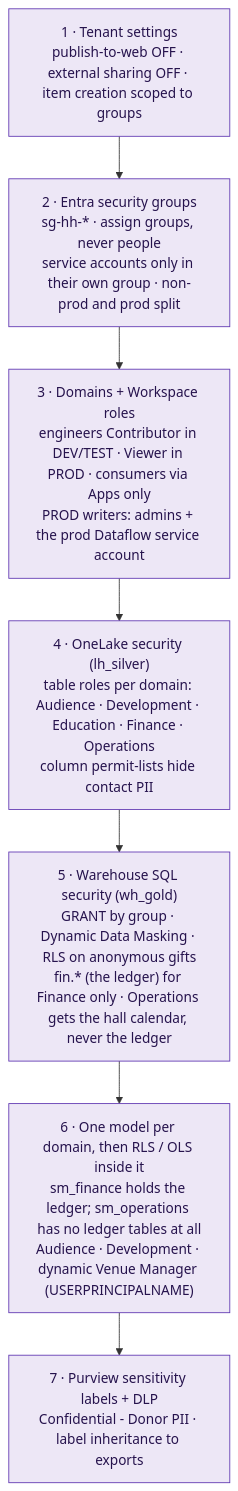
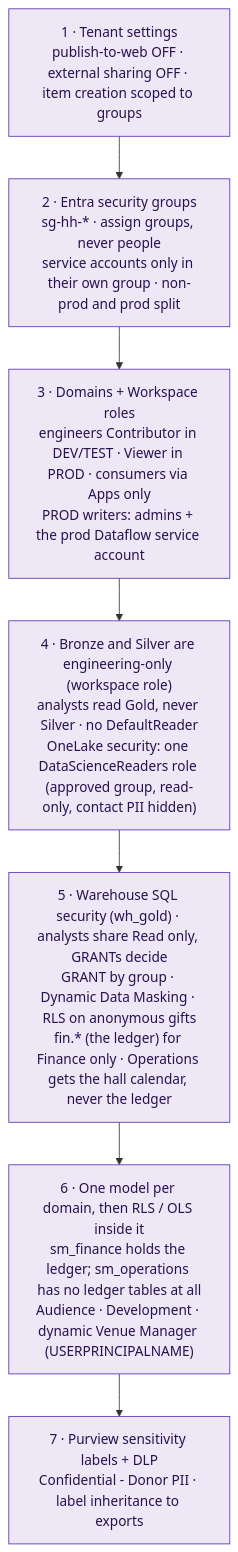
Before and after one commit to musatouray/performing-arts-audience-development-platform: the diagram in docs/diagrams/src/04-security-layers.mmd, drawn with Mermaid. The commit also changed 21 other files, not shown here.

Commit message:
Updated Gold warehouse, onelake security and models

```diff
--- a/docs/diagrams/src/04-security-layers.mmd
+++ b/docs/diagrams/src/04-security-layers.mmd
@@ -1,11 +1,11 @@
 %% Defence in depth: who is protected where
 flowchart TB
   classDef l fill:#EDE7F6,stroke:#5E35B1,color:#26134D
   L1["1 · Tenant settings<br/>publish-to-web OFF · external sharing OFF · item creation scoped to groups"]:::l
   L2["2 · Entra security groups<br/>sg-hh-* · assign groups, never people<br/>service accounts only in their own group · non-prod and prod split"]:::l
   L3["3 · Domains + Workspace roles<br/>engineers Contributor in DEV/TEST · Viewer in PROD · consumers via Apps only<br/>PROD writers: admins + the prod Dataflow service account"]:::l
-  L4["4 · OneLake security (lh_silver)<br/>table roles per domain: Audience · Development · Education · Finance · Operations<br/>column permit-lists hide contact PII"]:::l
-  L5["5 · Warehouse SQL security (wh_gold)<br/>GRANT by group · Dynamic Data Masking · RLS on anonymous gifts<br/>fin.* (the ledger) for Finance only · Operations gets the hall calendar, never the ledger"]:::l
+  L4["4 · Bronze and Silver are engineering-only (workspace role)<br/>analysts read Gold, never Silver · no DefaultReader<br/>OneLake security: one DataScienceReaders role (approved group, read-only, contact PII hidden)"]:::l
+  L5["5 · Warehouse SQL security (wh_gold) · analysts share Read only, GRANTs decide<br/>GRANT by group · Dynamic Data Masking · RLS on anonymous gifts<br/>fin.* (the ledger) for Finance only · Operations gets the hall calendar, never the ledger"]:::l
   L6["6 · One model per domain, then RLS / OLS inside it<br/>sm_finance holds the ledger; sm_operations has no ledger tables at all<br/>Audience · Development · dynamic Venue Manager (USERPRINCIPALNAME)"]:::l
   L7["7 · Purview sensitivity labels + DLP<br/>Confidential - Donor PII · label inheritance to exports"]:::l
   L1 --> L2 --> L3 --> L4 --> L5 --> L6 --> L7
```
